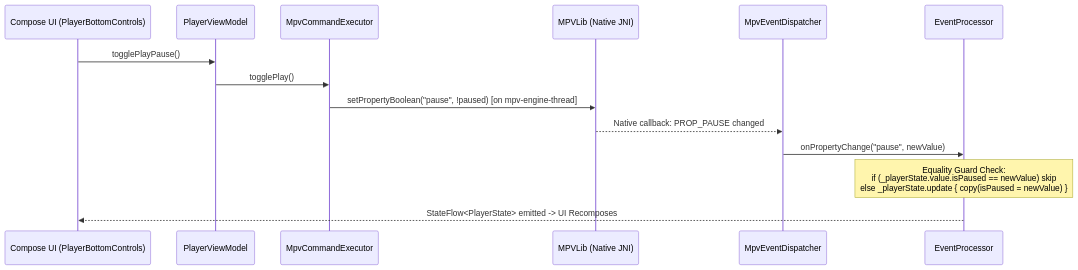
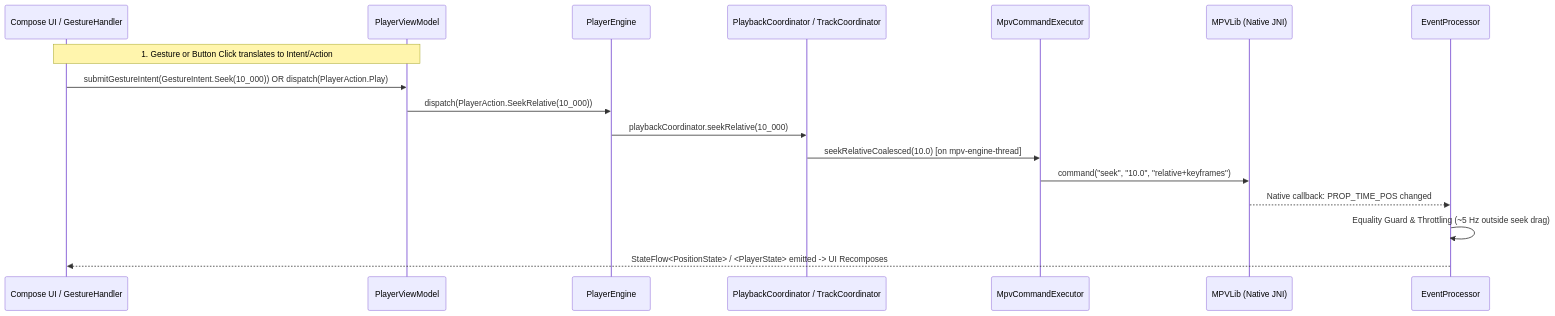
The second of 2 diagrams in map.md (tapman104/potato-diff-v3), drawn with Mermaid before and after one commit. The commit also changed other lines of this file and 1 other file, not shown here.

Commit message:
docs: update architecture documentation to reflect the six-component Phase 1 structural refactor

````diff
--- a/map.md
+++ b/map.md
@@ -176,17 +202,20 @@
 ```mermaid
 sequenceDiagram
-    participant UI as Compose UI (PlayerBottomControls)
+    participant UI as Compose UI / GestureHandler
     participant VM as PlayerViewModel
+    participant ENG as PlayerEngine
+    participant COORD as PlaybackCoordinator / TrackCoordinator
     participant EX as MpvCommandExecutor
     participant LIB as MPVLib (Native JNI)
-    participant DISP as MpvEventDispatcher
     participant EP as EventProcessor
 
-    UI->>VM: togglePlayPause()
-    VM->>EX: togglePlay()
-    EX->>LIB: setPropertyBoolean("pause", !paused) [on mpv-engine-thread]
-    LIB-->>DISP: Native callback: PROP_PAUSE changed
-    DISP->>EP: onPropertyChange("pause", newValue)
-    Note over EP: Equality Guard Check:<br>if (_playerState.value.isPaused == newValue) skip<br>else _playerState.update { copy(isPaused = newValue) }
-    EP-->>UI: StateFlow<PlayerState> emitted -> UI Recomposes
+    Note over UI,VM: 1. Gesture or Button Click translates to Intent/Action
+    UI->>VM: submitGestureIntent(GestureIntent.Seek(10_000)) OR dispatch(PlayerAction.Play)
+    VM->>ENG: dispatch(PlayerAction.SeekRelative(10_000))
+    ENG->>COORD: playbackCoordinator.seekRelative(10_000)
+    COORD->>EX: seekRelativeCoalesced(10.0) [on mpv-engine-thread]
+    EX->>LIB: command("seek", "10.0", "relative+keyframes")
+    LIB-->>EP: Native callback: PROP_TIME_POS changed
+    EP->>EP: Equality Guard & Throttling (~5 Hz outside seek drag)
+    EP-->>UI: StateFlow<PositionState> / <PlayerState> emitted -> UI Recomposes
 ```
````
